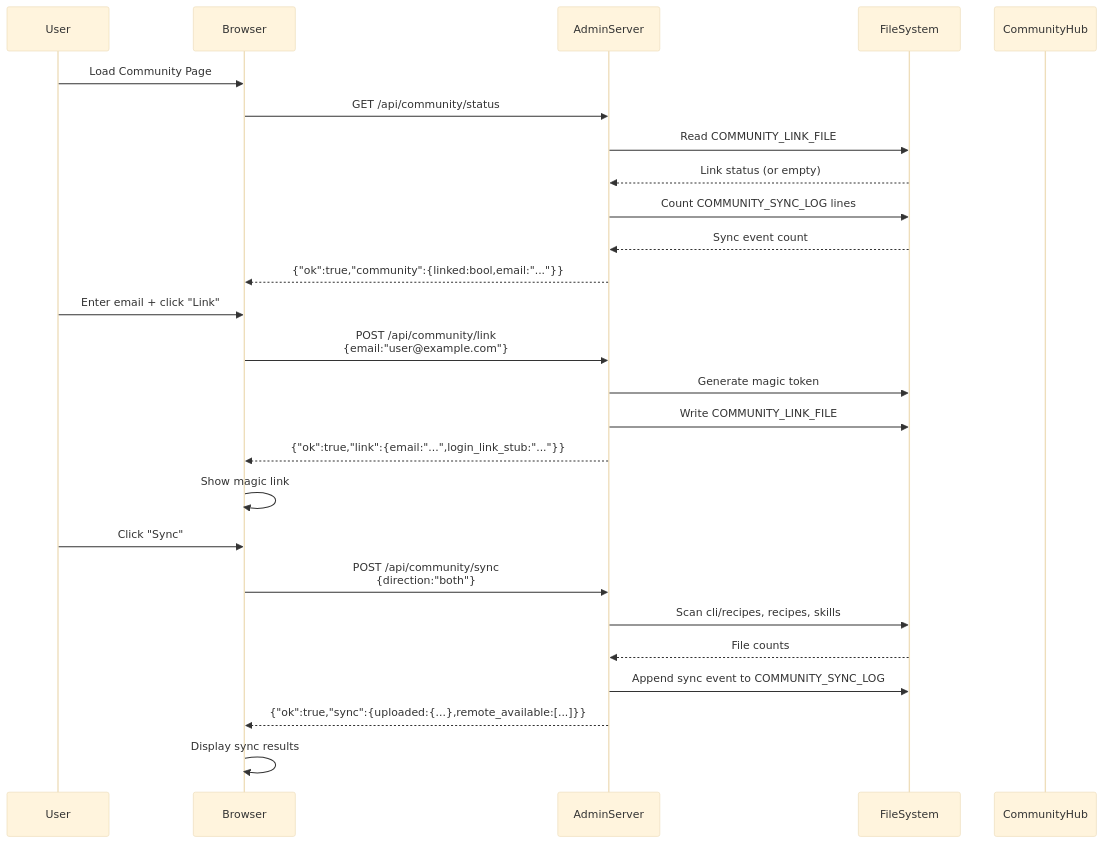
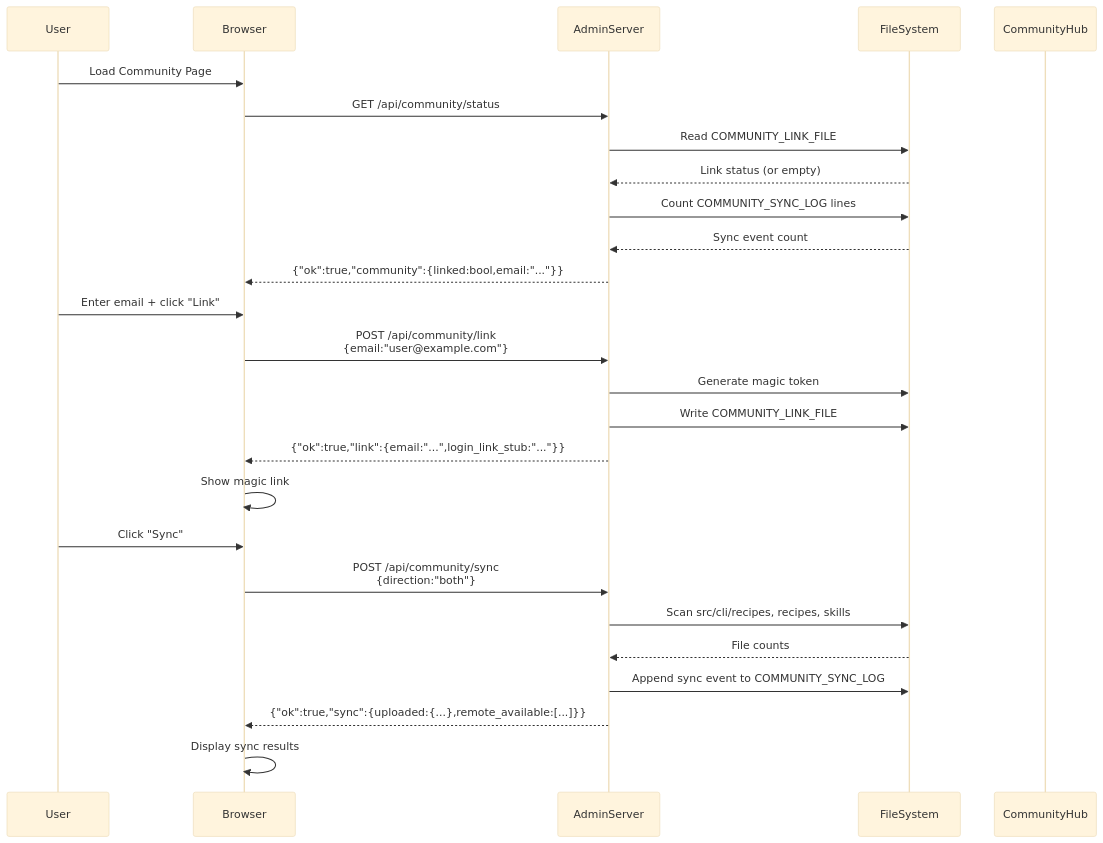
The sixth of 8 diagrams in admin/docs/architecture.md (phuctruong/stillwater), drawn with Mermaid (base theme) before and after one commit. The commit also changed other lines of this file and 841 other files, not shown here.

````diff
--- a/admin/docs/architecture.md
+++ b/admin/docs/architecture.md
@@ -261,31 +261,31 @@
 ```mermaid
 sequenceDiagram
     participant User
     participant Browser
     participant AdminServer
     participant FileSystem
     participant CommunityHub
 
     User->>Browser: Load Community Page
     Browser->>AdminServer: GET /api/community/status
     AdminServer->>FileSystem: Read COMMUNITY_LINK_FILE
     FileSystem-->>AdminServer: Link status (or empty)
     AdminServer->>FileSystem: Count COMMUNITY_SYNC_LOG lines
     FileSystem-->>AdminServer: Sync event count
     AdminServer-->>Browser: {"ok":true,"community":{linked:bool,email:"..."}}
 
     User->>Browser: Enter email + click "Link"
     Browser->>AdminServer: POST /api/community/link<br/>{email:"user@example.com"}
     AdminServer->>FileSystem: Generate magic token
     AdminServer->>FileSystem: Write COMMUNITY_LINK_FILE
     AdminServer-->>Browser: {"ok":true,"link":{email:"...",login_link_stub:"..."}}
     Browser->>Browser: Show magic link
 
     User->>Browser: Click "Sync"
     Browser->>AdminServer: POST /api/community/sync<br/>{direction:"both"}
-    AdminServer->>FileSystem: Scan cli/recipes, recipes, skills
+    AdminServer->>FileSystem: Scan src/cli/recipes, recipes, skills
     FileSystem-->>AdminServer: File counts
     AdminServer->>FileSystem: Append sync event to COMMUNITY_SYNC_LOG
     AdminServer-->>Browser: {"ok":true,"sync":{uploaded:{...},remote_available:[...]}}
     Browser->>Browser: Display sync results
 ```
````
